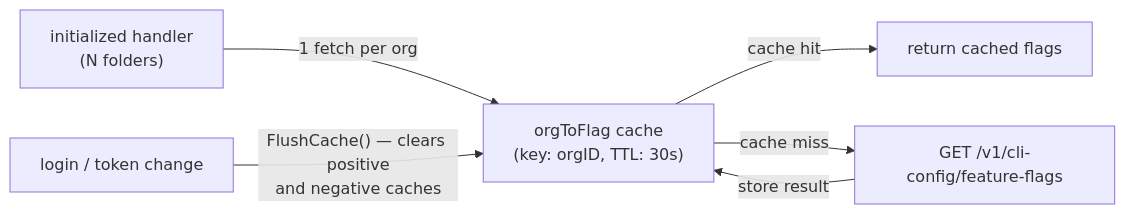
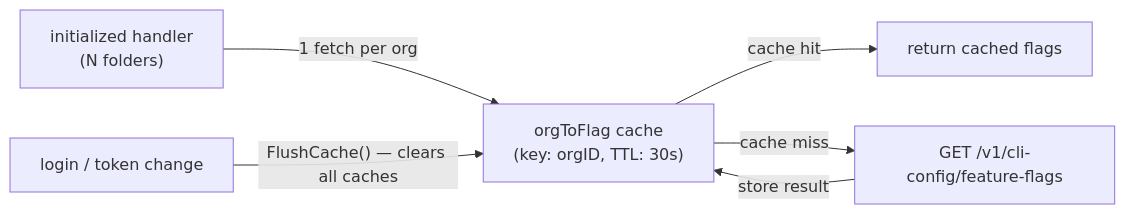
The diagram in docs/requirements/architecture.md (snyk/snyk-ls), drawn with Mermaid before and after one commit. The commit also changed other lines of this file, not shown here.

First line of the commit message:
docs: fix architecture decision — SAST TTL and negative-cache scope [IDE-1898]

````diff
--- a/docs/requirements/architecture.md
+++ b/docs/requirements/architecture.md
@@ -9,8 +9,8 @@
 ```mermaid
 flowchart LR
     A["initialized handler<br/>(N folders)"] -->|"1 fetch per org"| B["orgToFlag cache<br/>(key: orgID, TTL: 30s)"]
     B -->|cache hit| C["return cached flags"]
     B -->|cache miss| D["GET /v1/cli-config/feature-flags"]
     D -->|store result| B
-    E["login / token change"] -->|"FlushCache() — clears positive<br/>and negative caches"| B
+    E["login / token change"] -->|"FlushCache() — clears all caches"| B
 ```
````
